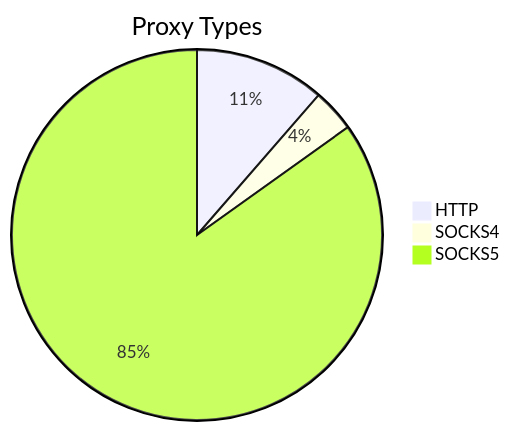
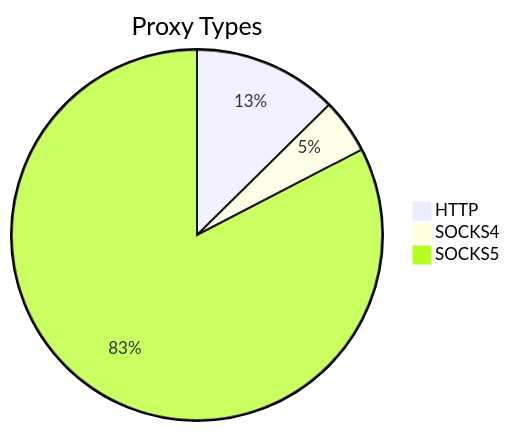
The first of 2 diagrams in README.md (stormsia/proxy-list), drawn with Mermaid before and after one commit. The commit also changed other lines of this file, not shown here.

````diff
--- a/README.md
+++ b/README.md
@@ -21,6 +21,6 @@
 ```mermaid
 pie title Proxy Types
-    "HTTP" : 64
-    "SOCKS4" : 21
-    "SOCKS5" : 477
+    "HTTP" : 58
+    "SOCKS4" : 22
+    "SOCKS5" : 380
 ```
````
